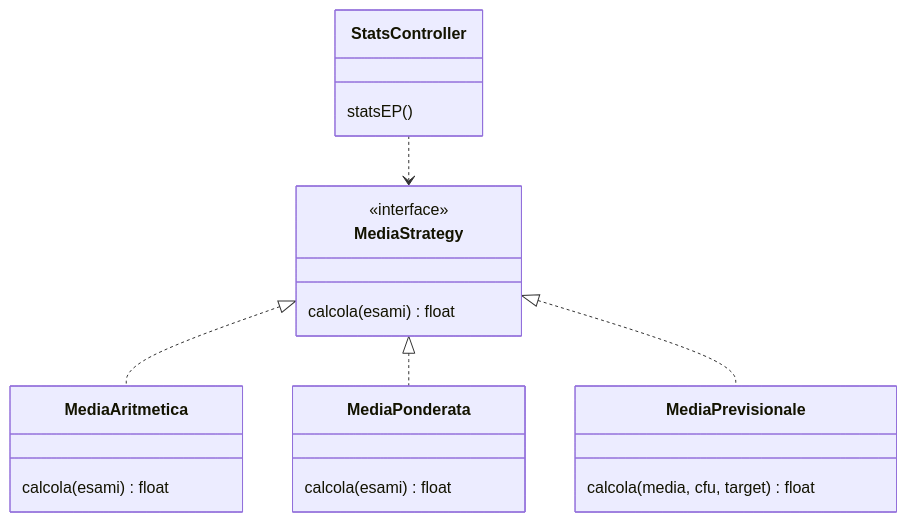
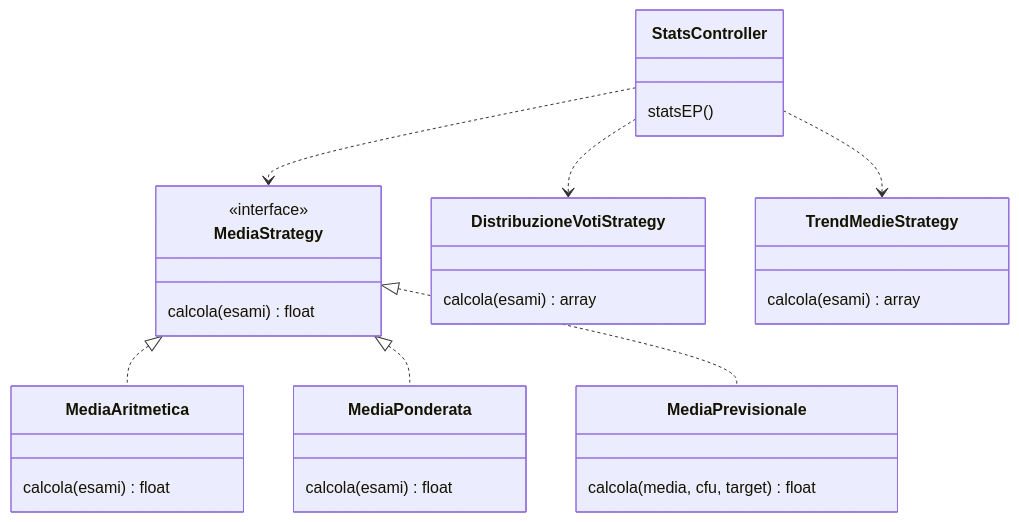
Before and after one commit to frankelfokou/Gestione-esami-universitari: the first of 4 diagrams in README.md, drawn with Mermaid. The commit also changed other lines of this file and 5 other files, not shown here.

Commit message:
Aggiunto distribuzione voti e trend medie

````diff
--- a/README.md
+++ b/README.md
@@ -151,28 +157,38 @@
 ```mermaid
 classDiagram
     class MediaStrategy {
         calcola(esami) float
     }
     <<interface>> MediaStrategy
 
     class MediaAritmetica {
         calcola(esami) float
     }
 
     class MediaPonderata {
         calcola(esami) float
     }
 
     class MediaPrevisionale {
         calcola(media, cfu, target) float
     }
 
+    class DistribuzioneVotiStrategy {
+        calcola(esami) array
+    }
+
+    class TrendMedieStrategy {
+        calcola(esami) array
+    }
+
     class StatsController {
         statsEP()
     }
 
     MediaStrategy <|.. MediaAritmetica
     MediaStrategy <|.. MediaPonderata
     MediaStrategy <|.. MediaPrevisionale
     StatsController ..> MediaStrategy
+    StatsController ..> DistribuzioneVotiStrategy
+    StatsController ..> TrendMedieStrategy
 ```
````
